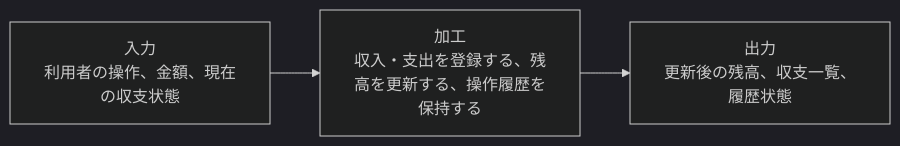
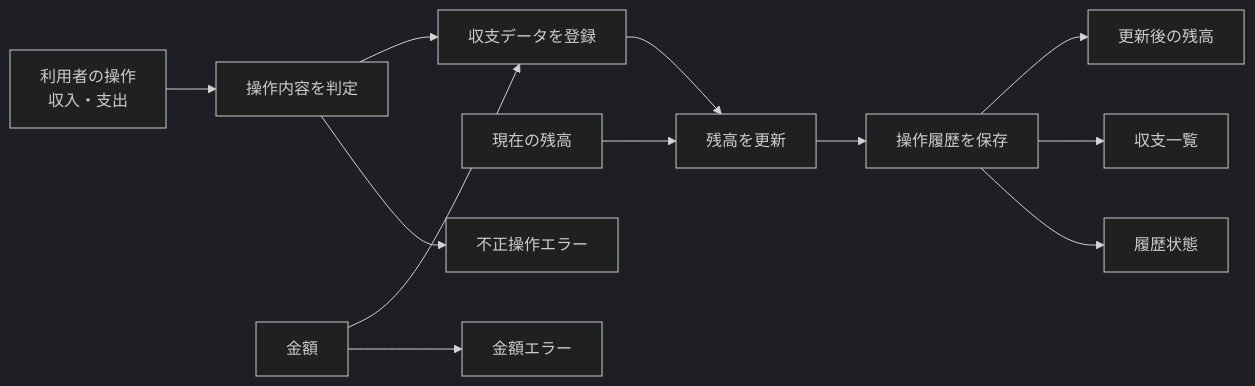
Before and after one commit to kumachan1101-pixel/DesignPattern: the first of 7 diagrams in kindle/design-patterns/output/chapter05.md, drawn with Mermaid (dark theme). The commit also changed 14 other files, not shown here.

Commit message:
fix: 仕様フロー図を細分化

````diff
--- a/kindle/design-patterns/output/chapter05.md
+++ b/kindle/design-patterns/output/chapter05.md
@@ -35,8 +35,14 @@
 ```mermaid
 flowchart LR
-    I["入力<br/>利用者の操作、金額、現在の収支状態"]
-    P["加工<br/>収入・支出を登録する、残高を更新する、操作履歴を保持する"]
-    O["出力<br/>更新後の残高、収支一覧、履歴状態"]
-
-    I --> P --> O
+    A["利用者の操作<br>収入・支出"] --> B["操作内容を判定"]
+    C["金額"] --> D["収支データを登録"]
+    E["現在の残高"] --> F["残高を更新"]
+    B --> D
+    D --> F
+    F --> G["操作履歴を保存"]
+    G --> H["更新後の残高"]
+    G --> I["収支一覧"]
+    G --> J["履歴状態"]
+    B --> K["不正操作エラー"]
+    C --> L["金額エラー"]
 ```
````
